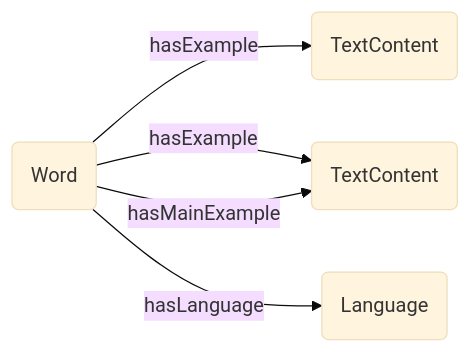
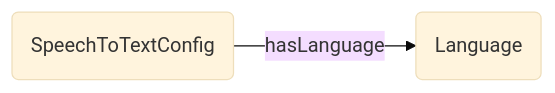
The fifth of 17 diagrams in docs/graph-representation.md (Explik/diybirdyapp), drawn with Mermaid (base theme) before and after one commit. The commit also changed other lines of this file, not shown here.

Commit message:
Updating graph representation documentation before a larger refactor

````diff
--- a/docs/graph-representation.md
+++ b/docs/graph-representation.md
@@ -33,11 +72,7 @@
 ```mermaid
 graph LR
-V1(Word)
-V2(TextContent)
-V3(TextContent)
-V4(Language)
-V1--hasExample-->V2
-V1--hasExample-->V3
-V1--hasMainExample-->V3
-V1--hasLanguage-->V4
+Language(Language)
+SpeechToTextConfig(SpeechToTextConfig)
+
+SpeechToTextConfig--hasLanguage-->Language
 ```
````
